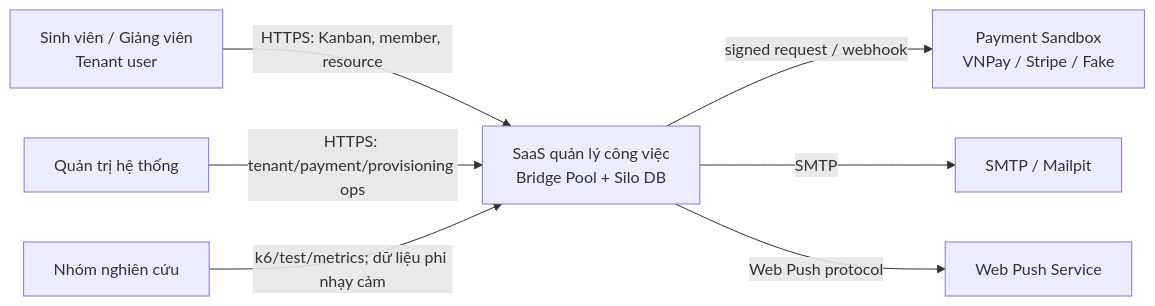
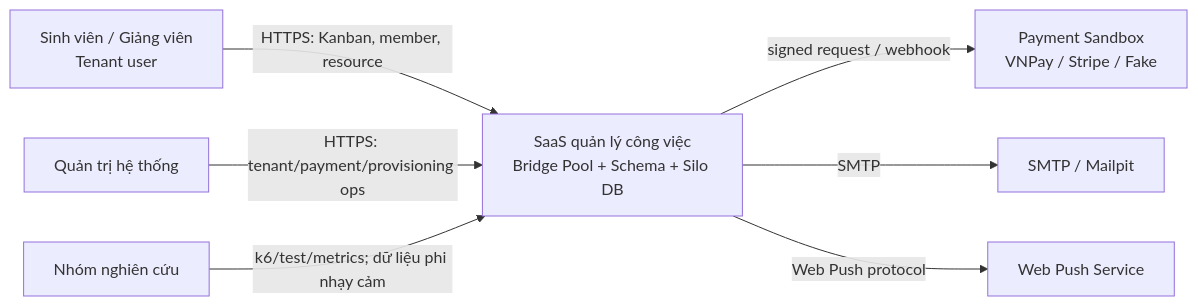
The first of 4 diagrams in docs/architecture/c4.md (ngthtrong/NCKH-1), drawn with Mermaid before and after one commit. The commit also changed other lines of this file and 95 other files, not shown here.

````diff
--- a/docs/architecture/c4.md
+++ b/docs/architecture/c4.md
@@ -7,17 +7,17 @@
 ```mermaid
 flowchart LR
     user["Sinh viên / Giảng viên\nTenant user"]
     sysadmin["Quản trị hệ thống"]
     research["Nhóm nghiên cứu"]
-    system["SaaS quản lý công việc\nBridge Pool + Silo DB"]
+    system["SaaS quản lý công việc\nBridge Pool + Schema + Silo DB"]
     payment["Payment Sandbox\nVNPay / Stripe / Fake"]
     email["SMTP / Mailpit"]
     push["Web Push Service"]
 
     user -->|HTTPS: Kanban, member, resource| system
     sysadmin -->|HTTPS: tenant/payment/provisioning ops| system
     system -->|signed request / webhook| payment
     system -->|SMTP| email
     system -->|Web Push protocol| push
     research -->|k6/test/metrics; dữ liệu phi nhạy cảm| system
 ```
````
